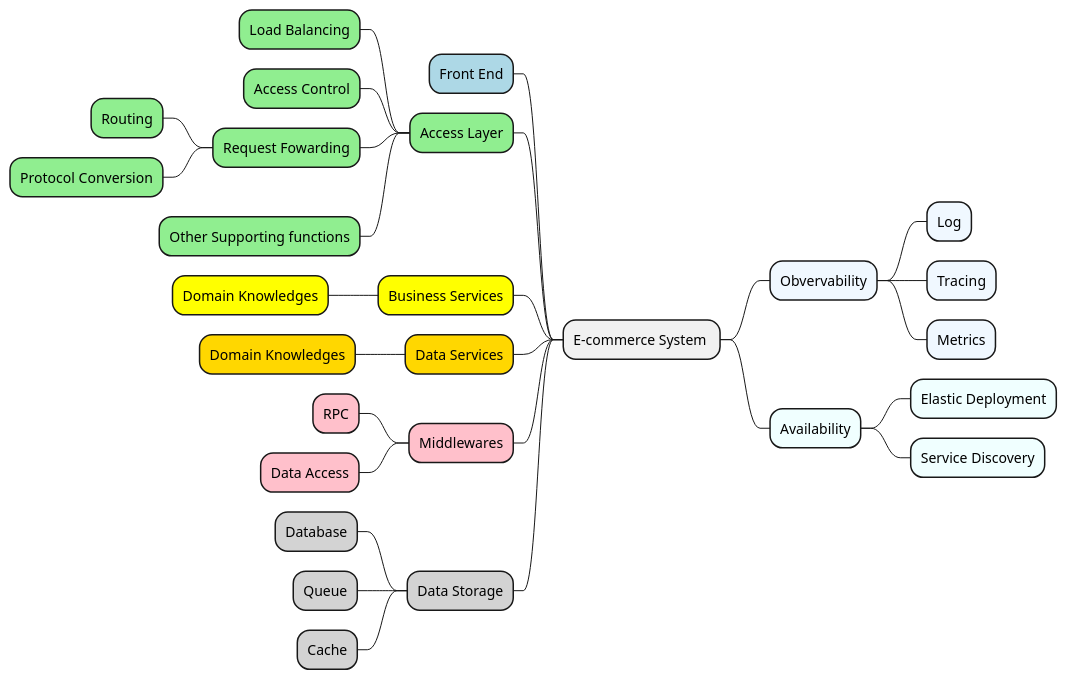
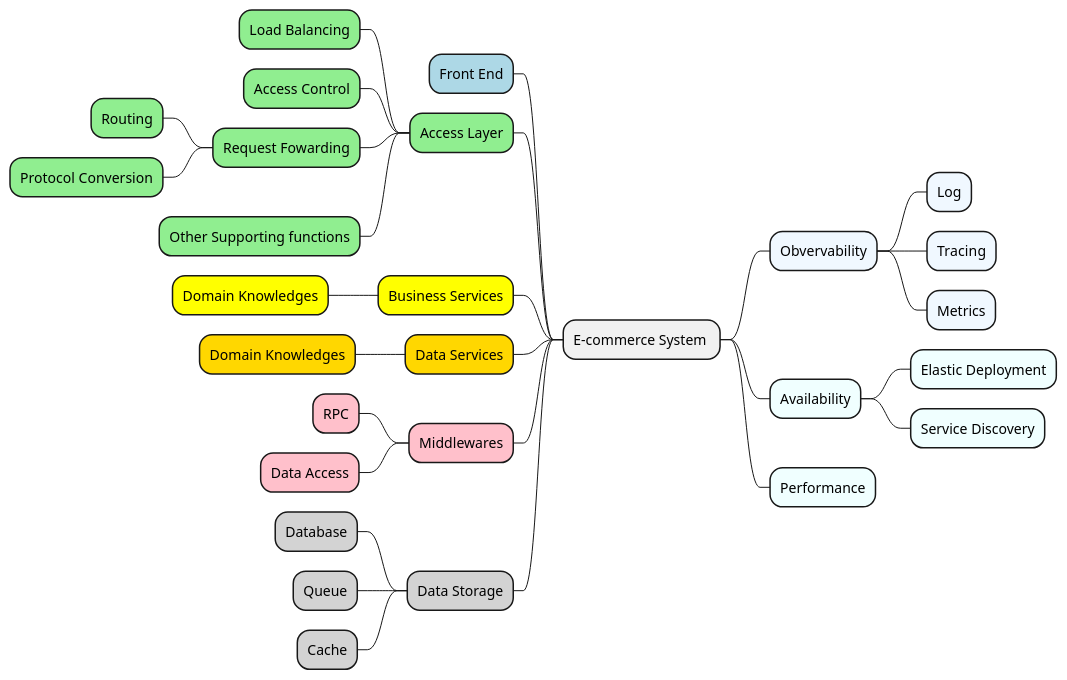
One commit to brofu/notes-web_system changed the diagram in README.md. Above: the diagram before and after it, drawn with PlantUML.

Commit message:
add performance section

````diff
--- a/README.md
+++ b/README.md
@@ -18,47 +18,50 @@
 ```uml
 
 @startmindmap
 
 + E-commerce System 
 
 left side
 
 **[#lightblue] Front End
 
 **[#lightgreen] Access Layer
 ***[#lightgreen] Load Balancing
 ***[#lightgreen] Access Control
 ***[#lightgreen] Request Fowarding
 ****[#lightgreen] Routing
 ****[#lightgreen] Protocol Conversion
 ***[#lightgreen] Other Supporting functions
 
 **[#yellow] Business Services
 ***[#yellow] Domain Knowledges
 
 **[#gold] Data Services
 ***[#gold] Domain Knowledges
 
 **[#pink] Middlewares
 ***[#pink] RPC
 ***[#pink] Data Access
 
 **[#lightgrey] Data Storage
 ***[#lightgrey] Database
 ***[#lightgrey] Queue
 ***[#lightgrey] Cache
 
 
 right side
 
 **[#aliceblue] Obvervability
 ***[#aliceblue] Log
 ***[#aliceblue] Tracing
 ***[#aliceblue] Metrics
 
 **[#azure] Availability
 ***[#azure] Elastic Deployment
 ***[#azure] Service Discovery
 
+
+**[#azure] Performance
+
 @endmindmap
 ```
````
